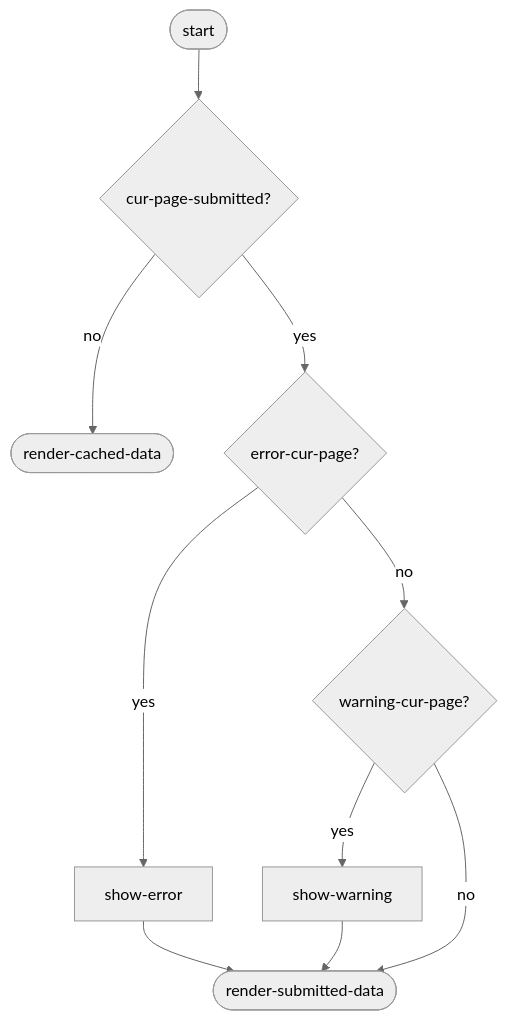
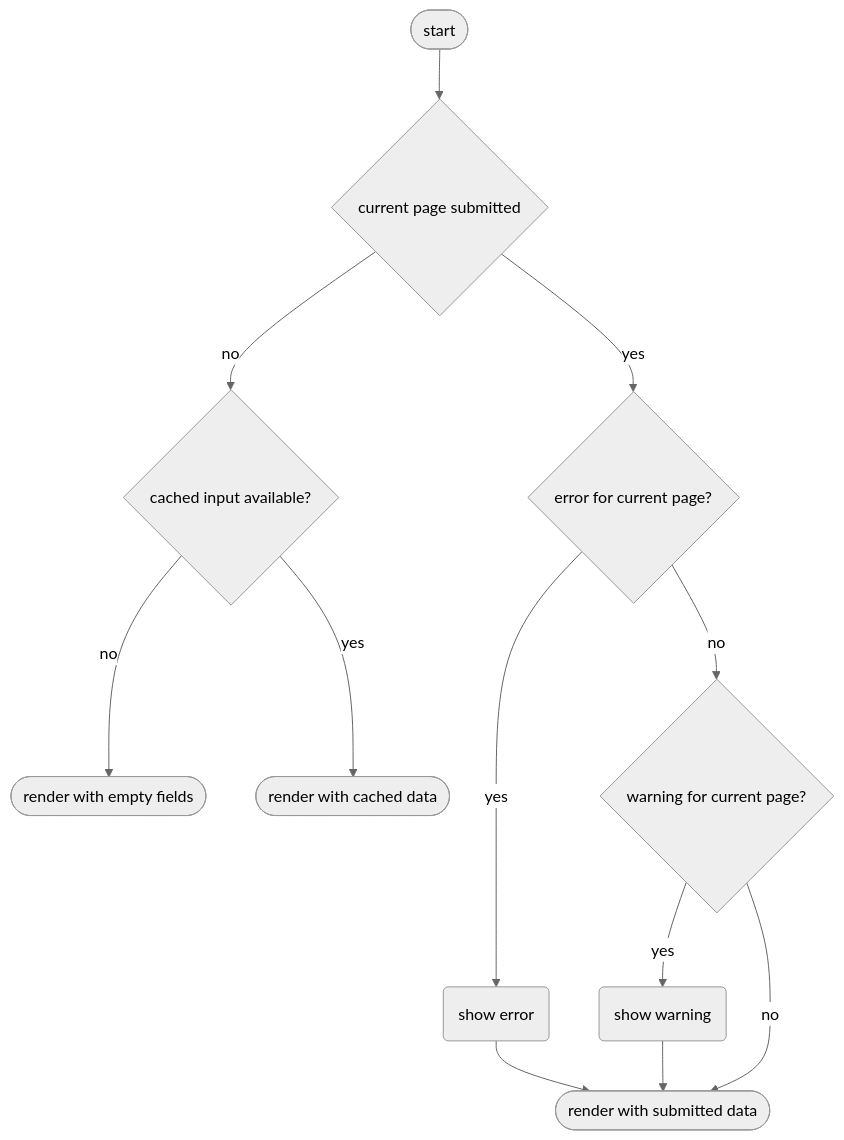
The second of 4 diagrams in documentatie/flowcharts/date-entry-page.md (kiesraad/abacus), drawn with Mermaid (neutral theme) before and after one commit. The commit also changed other lines of this file, not shown here.

Commit message:
diagrams for everything; proper text in nodes

````diff
--- a/documentatie/flowcharts/date-entry-page.md
+++ b/documentatie/flowcharts/date-entry-page.md
@@ -75,32 +65,34 @@
 ```mermaid
 flowchart TD
 
     %% elements
     flow-start([start])
 
-    render-cached-data([render-cached-data])
-    render-submitted-data([render-submitted-data])
+    render-empty-fields([render with empty fields])
+    render-cached-data([render with cached data])
+    render-submitted-data([render with submitted data])
 
-    show-error
-    show-warning
+    show-error(show error)
+    show-warning(show warning)
 
-    error-cur-page{error-cur-page?}
-
-    warning-cur-page{warning-cur-page?}
-
-    cur-page-submitted{cur-page-submitted?}
+    cur-page-submitted{current page submitted}
+    error-cur-page{error for current page?}
+    warning-cur-page{warning for current page?}
+    cached-input-available{cached input available?}
 
     %% flow
     flow-start --> cur-page-submitted
 
-    cur-page-submitted -- no --> render-cached-data
+    cur-page-submitted -- no --> cached-input-available
+    cached-input-available -- yes --> render-cached-data
+    cached-input-available -- no --> render-empty-fields
     cur-page-submitted -- yes --> error-cur-page
 
     error-cur-page -- yes --> show-error
     show-error --> render-submitted-data
     error-cur-page -- no --> warning-cur-page
 
     warning-cur-page -- yes --> show-warning
     show-warning --> render-submitted-data
     warning-cur-page -- no --> render-submitted-data
 ```
````
